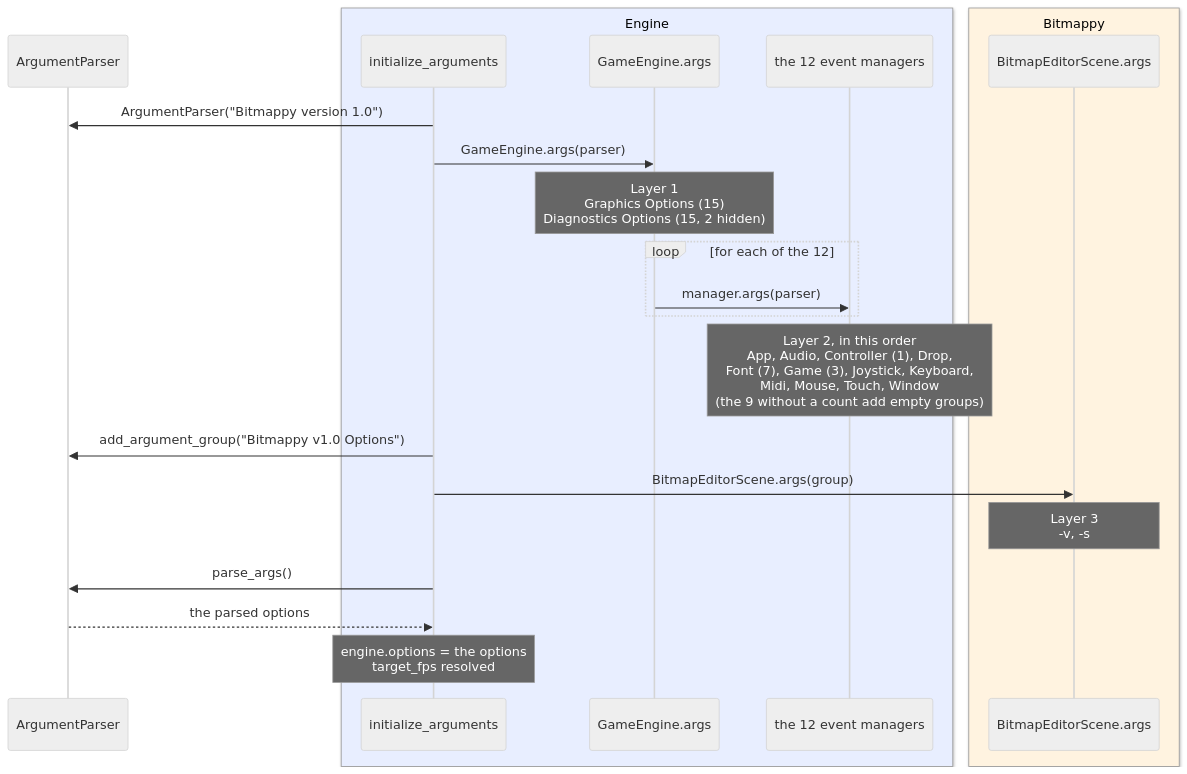
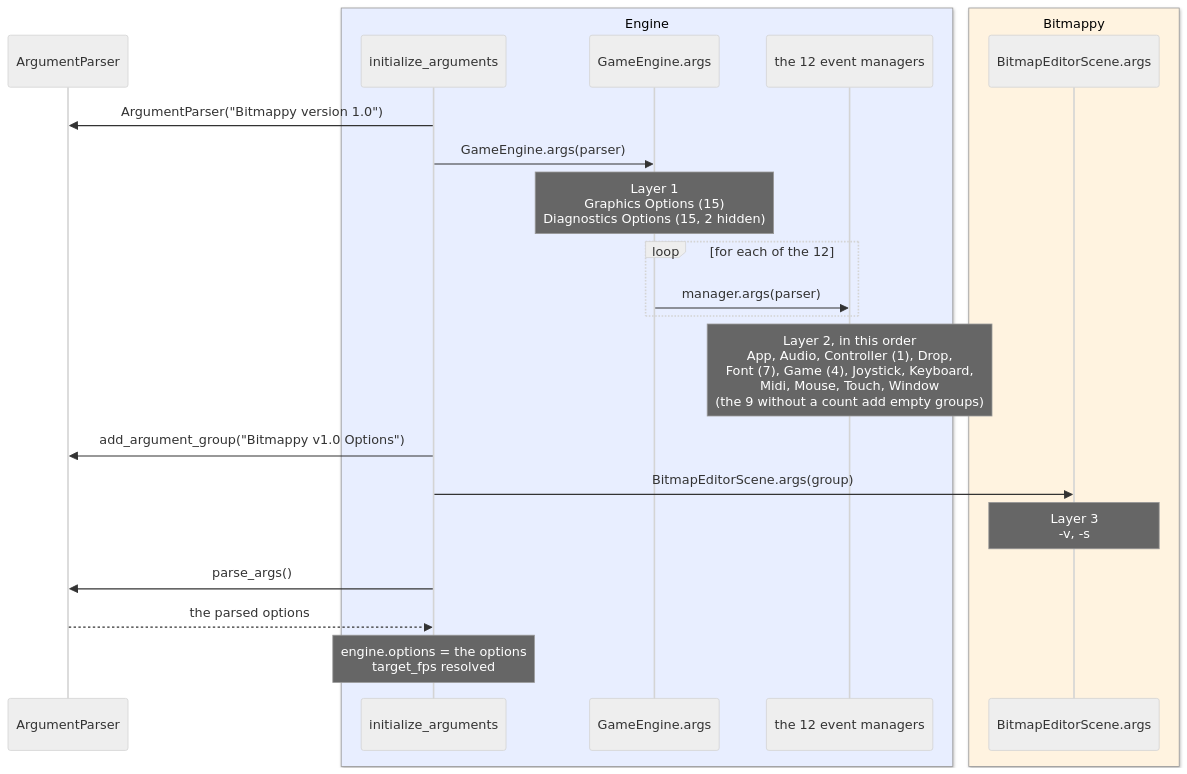
One commit to terrysimons/glitchygames changed the first of 4 diagrams in docs/architecture/argument_system.md. Above: the diagram before and after it, drawn with Mermaid (neutral theme). The commit also changed other lines of this file and 33 other files, not shown here.

````diff
--- a/docs/architecture/argument_system.md
+++ b/docs/architecture/argument_system.md
@@ -14,26 +14,26 @@
 ```mermaid
 sequenceDiagram
     participant PARSER as ArgumentParser
     box rgb(232,238,255) Engine
     participant INIT as initialize_arguments
     participant ENGINE as GameEngine.args
     participant MANAGERS as the 12 event managers
     end
     box rgb(255,243,224) Bitmappy
     participant GAME as BitmapEditorScene.args
     end
 
     INIT->>PARSER: ArgumentParser("Bitmappy version 1.0")
     INIT->>ENGINE: GameEngine.args(parser)
     Note over ENGINE: Layer 1<br/>Graphics Options (15)<br/>Diagnostics Options (15, 2 hidden)
     loop for each of the 12
         ENGINE->>MANAGERS: manager.args(parser)
     end
-    Note over MANAGERS: Layer 2, in this order<br/>App, Audio, Controller (1), Drop,<br/>Font (7), Game (3), Joystick, Keyboard,<br/>Midi, Mouse, Touch, Window<br/>(the 9 without a count add empty groups)
+    Note over MANAGERS: Layer 2, in this order<br/>App, Audio, Controller (1), Drop,<br/>Font (7), Game (4), Joystick, Keyboard,<br/>Midi, Mouse, Touch, Window<br/>(the 9 without a count add empty groups)
     INIT->>PARSER: add_argument_group("Bitmappy v1.0 Options")
     INIT->>GAME: BitmapEditorScene.args(group)
     Note over GAME: Layer 3<br/>-v, -s
     INIT->>PARSER: parse_args()
     PARSER-->>INIT: the parsed options
     Note over INIT: engine.options = the options<br/>target_fps resolved
 ```
````
